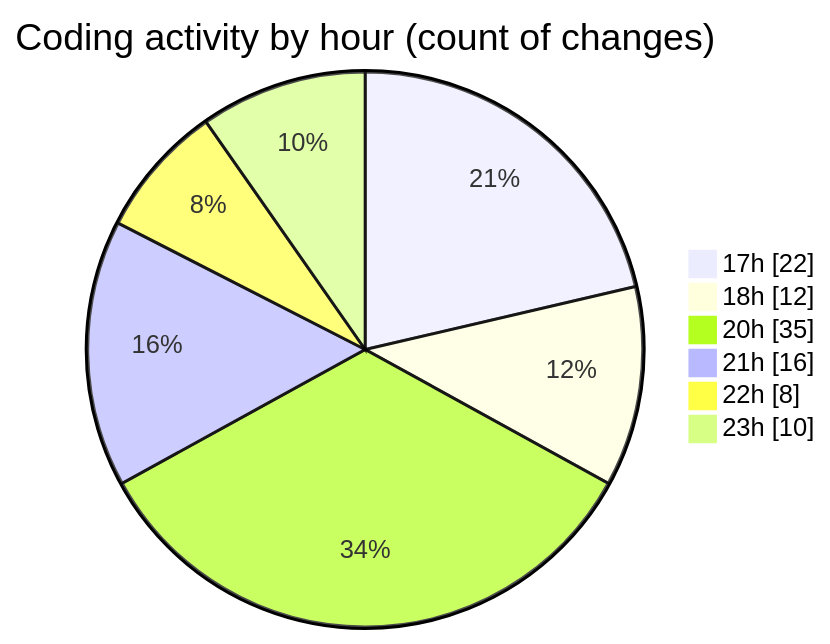
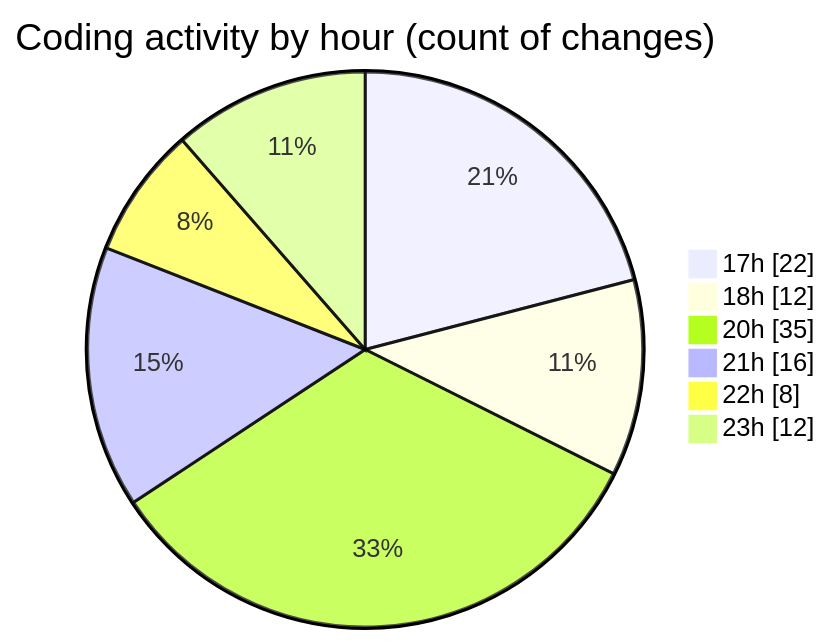
One commit to Netris89/code-tracking changed the second of 2 diagrams in 2025-10-30/skintrack/README.md. Above: the diagram before and after it, drawn with Mermaid. The commit also changed other lines of this file and 1 other file, not shown here.

````diff
--- a/2025-10-30/skintrack/README.md
+++ b/2025-10-30/skintrack/README.md
@@ -38,10 +38,10 @@
 ```mermaid
 pie showData
 title Coding activity by hour (count of changes)
 "17h" : 22
 "18h" : 12
 "20h" : 35
 "21h" : 16
 "22h" : 8
-"23h" : 10
+"23h" : 12
 ```
````
